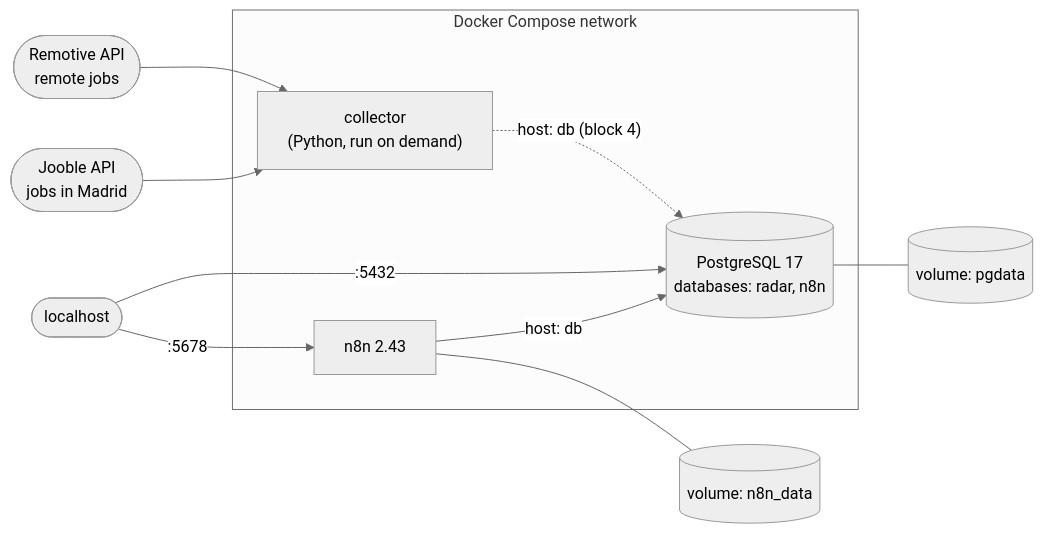
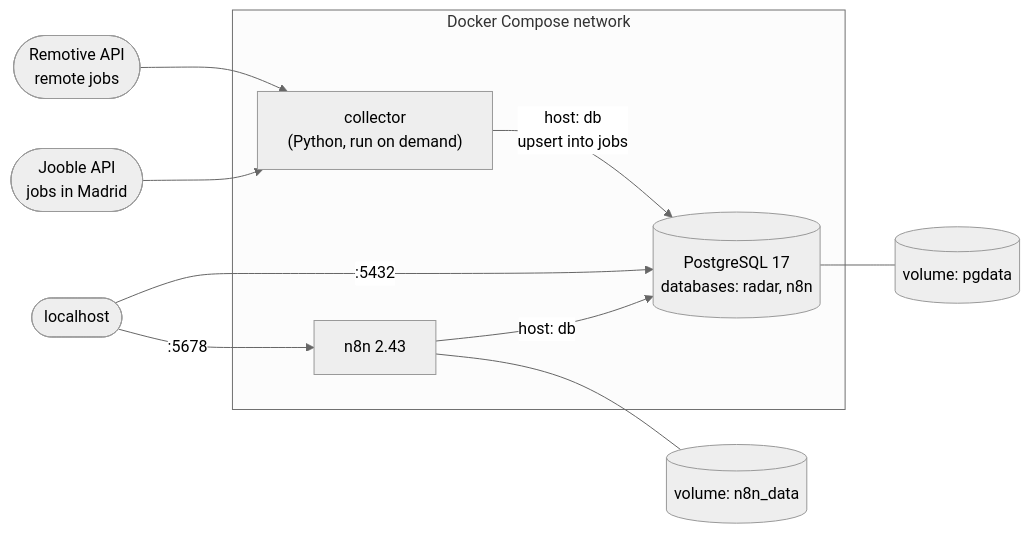
Before and after one commit to telloso/radar-empleo-ia: the diagram in README.md, drawn with Mermaid (neutral theme). The commit also changed other lines of this file, not shown here.

Commit message:
Document the database, upsert and example queries in README

````diff
--- a/README.md
+++ b/README.md
@@ -18,16 +18,16 @@
 ```mermaid
 flowchart LR
     subgraph compose["Docker Compose network"]
         collector["collector<br/>(Python, run on demand)"]
         db[("PostgreSQL 17<br/>databases: radar, n8n")]
         n8n["n8n 2.43"]
     end
-    collector -. "host: db (block 4)" .-> db
+    collector -- "host: db<br/>upsert into jobs" --> db
     remotive(["Remotive API<br/>remote jobs"]) --> collector
     jooble(["Jooble API<br/>jobs in Madrid"]) --> collector
     n8n -- "host: db" --> db
     db --- pgdata[("volume: pgdata")]
     n8n --- n8ndata[("volume: n8n_data")]
     you(["localhost"]) -- ":5432" --> db
     you -- ":5678" --> n8n
 ```
````
